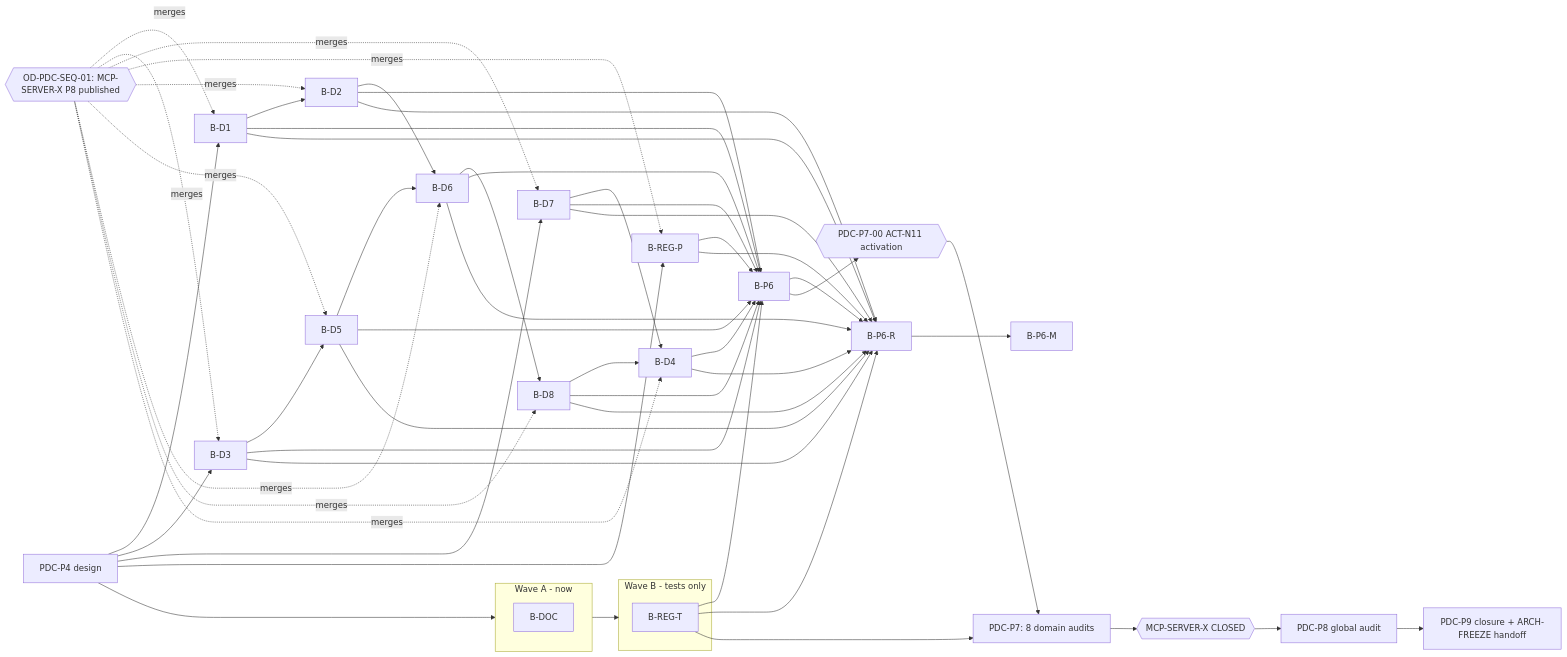
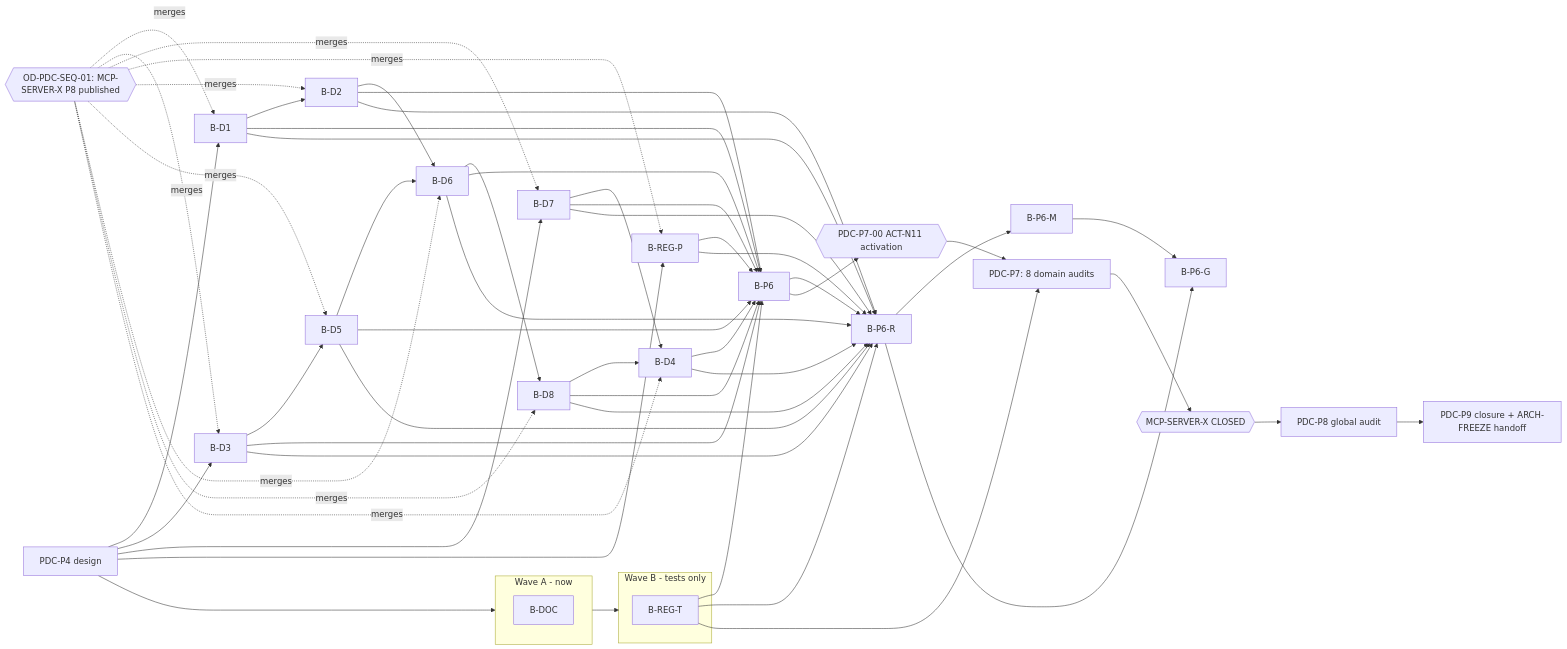
One commit to jakbuczarnecki/intergrax changed the diagram in docs/project/maintainers/qualification/platform_domain_completeness/PDC_DEPENDENCY_DAG.md. Above: the diagram before and after it, drawn with Mermaid. The commit also changed other lines of this file and 8 other files, not shown here.

````diff
--- a/docs/project/maintainers/qualification/platform_domain_completeness/PDC_DEPENDENCY_DAG.md
+++ b/docs/project/maintainers/qualification/platform_domain_completeness/PDC_DEPENDENCY_DAG.md
@@ -5,46 +5,48 @@
 ```mermaid
 graph LR
   P4[PDC-P4 design] --> WA
   subgraph WA[Wave A - now]
     B-DOC
   end
   subgraph WB[Wave B - tests only]
     B-REG-T
   end
   WA --> WB
   GATE{{OD-PDC-SEQ-01: MCP-SERVER-X P8 published}}
   B-D1 --> B-D2
   B-D3 --> B-D5
   B-D2 --> B-D6
   B-D5 --> B-D6
   B-D6 --> B-D8
   B-D7 --> B-D4
   B-D8 --> B-D4
   B-D1 --> B-P6
   B-D2 --> B-P6
   B-D3 --> B-P6
   B-D4 --> B-P6
   B-D5 --> B-P6
   B-D6 --> B-P6
   B-D7 --> B-P6
   B-D8 --> B-P6
   B-REG-P --> B-P6
   B-REG-T --> B-P6
   B-D1 --> B-P6-R
   B-D2 --> B-P6-R
   B-D3 --> B-P6-R
   B-D4 --> B-P6-R
   B-D5 --> B-P6-R
   B-D6 --> B-P6-R
   B-D7 --> B-P6-R
   B-D8 --> B-P6-R
   B-REG-P --> B-P6-R
   B-REG-T --> B-P6-R
   B-P6 --> B-P6-R
   B-P6-R --> B-P6-M
+  B-P6-R --> B-P6-G
+  B-P6-M --> B-P6-G
   P4 --> B-D1 & B-D3 & B-D7 & B-REG-P
   GATE -. merges .-> B-D1 & B-D3 & B-D7 & B-REG-P & B-D2 & B-D5 & B-D6 & B-D8 & B-D4
   B-P6 --> ACT{{PDC-P7-00 ACT-N11 activation}} --> P7[PDC-P7: 8 domain audits]
   B-REG-T --> P7
   P7 --> MCPC{{MCP-SERVER-X CLOSED}} --> P8[PDC-P8 global audit] --> P9[PDC-P9 closure + ARCH-FREEZE handoff]
 ```
````
